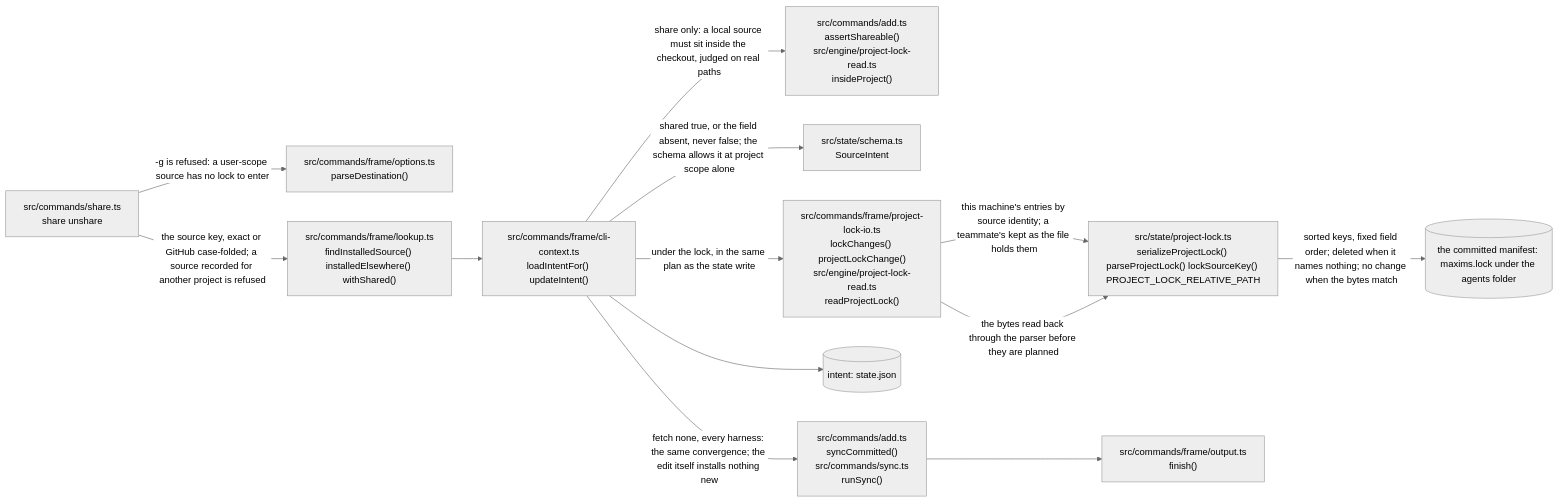
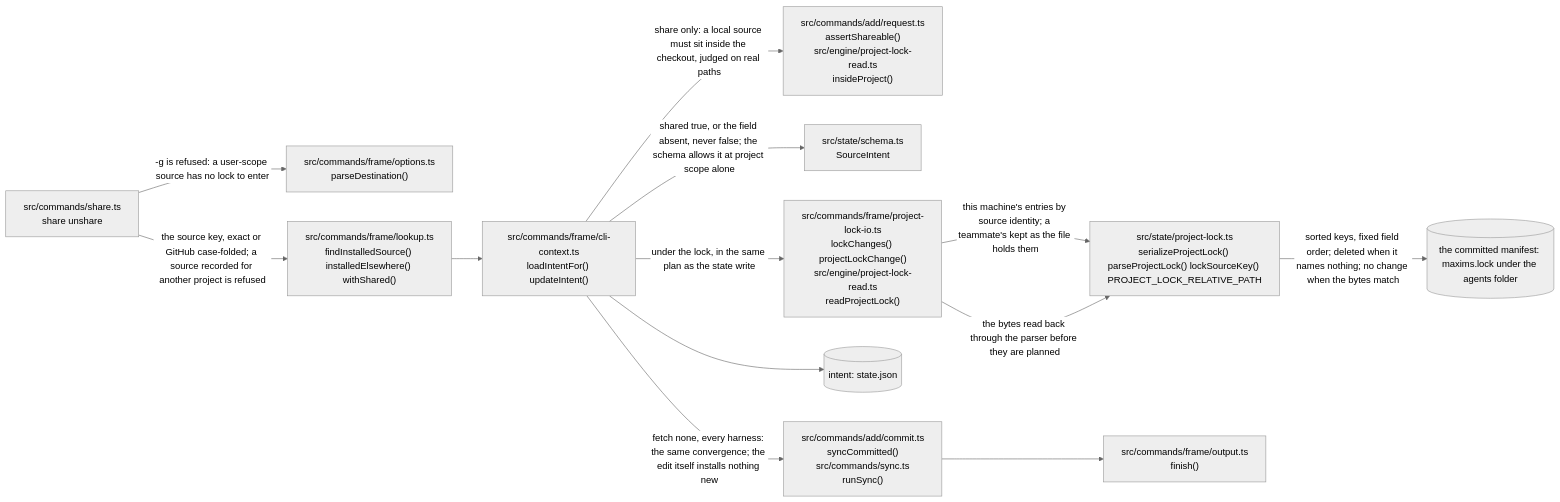
Diagram 13 of 15 in docs/architecture.md (Vivswan/maxims), drawn with Mermaid (neutral theme) before and after one commit. The commit also changed other lines of this file and 19 other files, not shown here.

````diff
--- a/docs/architecture.md
+++ b/docs/architecture.md
@@ -487,27 +487,27 @@
 ```mermaid
 flowchart LR
   verb["src/commands/share.ts<br>share unshare"]
   options["src/commands/frame/options.ts<br>parseDestination()"]
   find["src/commands/frame/lookup.ts<br>findInstalledSource() installedElsewhere() withShared()"]
   intent["src/commands/frame/cli-context.ts<br>loadIntentFor() updateIntent()"]
-  shareable["src/commands/add.ts<br>assertShareable()<br>src/engine/project-lock-read.ts<br>insideProject()"]
+  shareable["src/commands/add/request.ts<br>assertShareable()<br>src/engine/project-lock-read.ts<br>insideProject()"]
   schema["src/state/schema.ts<br>SourceIntent"]
   lockio["src/commands/frame/project-lock-io.ts<br>lockChanges() projectLockChange()<br>src/engine/project-lock-read.ts<br>readProjectLock()"]
   plock["src/state/project-lock.ts<br>serializeProjectLock() parseProjectLock() lockSourceKey() PROJECT_LOCK_RELATIVE_PATH"]
   manifest[("the committed manifest: maxims.lock under the agents folder")]
   statefile[("intent: state.json")]
-  after["src/commands/add.ts<br>syncCommitted()<br>src/commands/sync.ts<br>runSync()"]
+  after["src/commands/add/commit.ts<br>syncCommitted()<br>src/commands/sync.ts<br>runSync()"]
   finish["src/commands/frame/output.ts<br>finish()"]
   verb -->|"-g is refused: a user-scope source has no lock to enter"| options
   verb -->|"the source key, exact or GitHub case-folded; a source recorded for another project is refused"| find
   find --> intent
   intent -->|"share only: a local source must sit inside the checkout, judged on real paths"| shareable
   intent -->|"shared true, or the field absent, never false; the schema allows it at project scope alone"| schema
   intent -->|"under the lock, in the same plan as the state write"| lockio
   lockio -->|"this machine's entries by source identity; a teammate's kept as the file holds them"| plock
   lockio -->|"the bytes read back through the parser before they are planned"| plock
   plock -->|"sorted keys, fixed field order; deleted when it names nothing; no change when the bytes match"| manifest
   intent --> statefile
   intent -->|"fetch none, every harness: the same convergence; the edit itself installs nothing new"| after
   after --> finish
 ```
````
